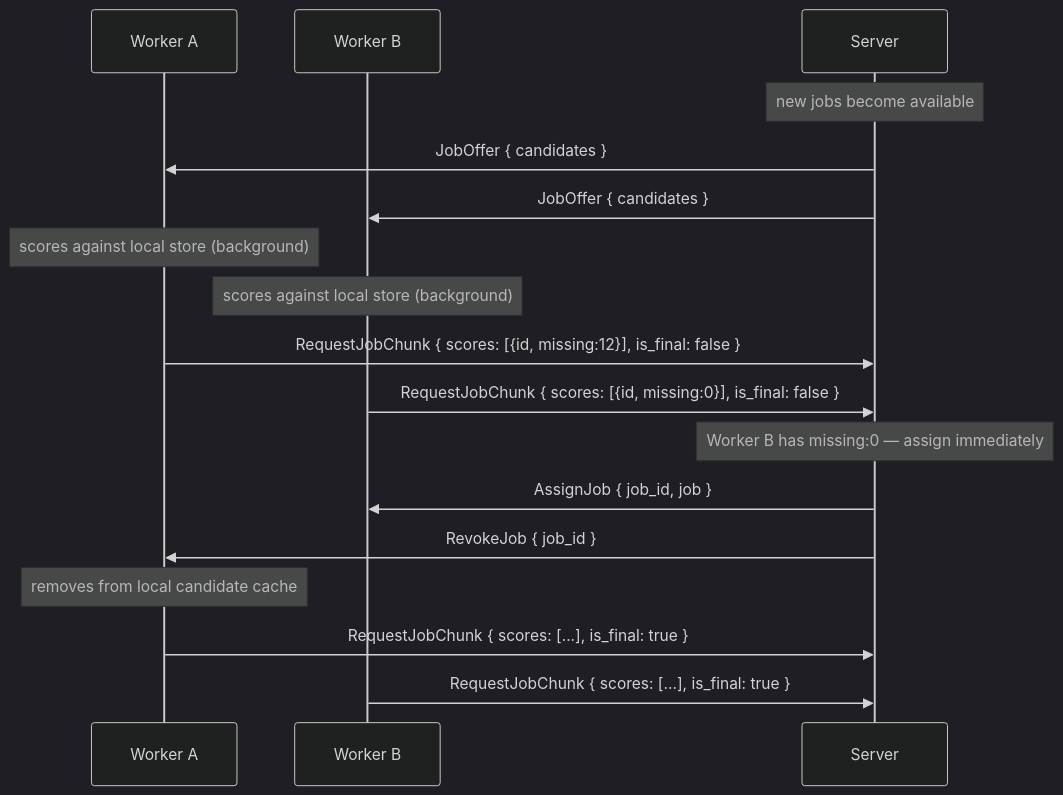
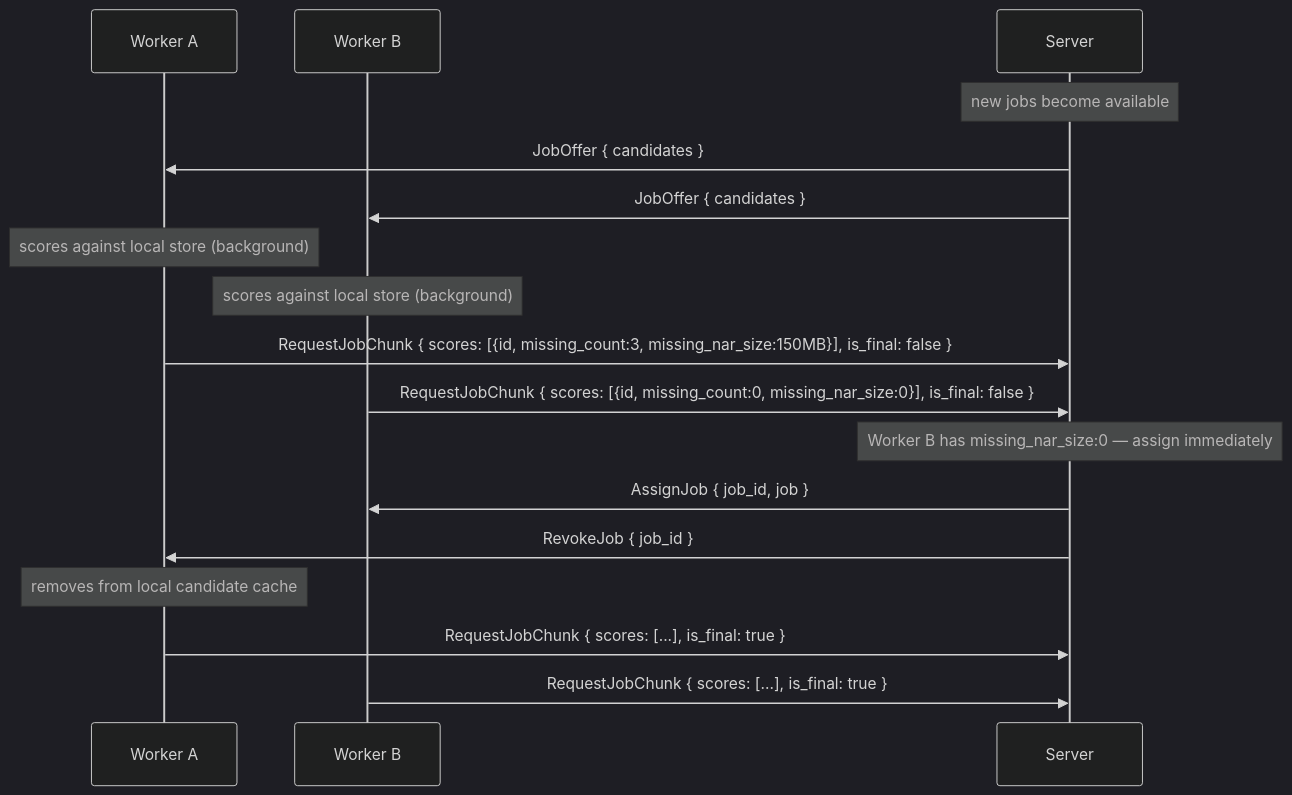
The ninth of 22 diagrams in docs/src/development/proto.md (wavelens/gradient), drawn with Mermaid (dark theme) before and after one commit. The commit also changed other lines of this file and 23 other files, not shown here.

````diff
--- a/docs/src/development/proto.md
+++ b/docs/src/development/proto.md
@@ -279,21 +279,21 @@
 ```mermaid
 sequenceDiagram
     participant W1 as Worker A
     participant W2 as Worker B
     participant S as Server
 
     Note over S: new jobs become available
     S->>W1: JobOffer { candidates }
     S->>W2: JobOffer { candidates }
     Note over W1: scores against local store (background)
     Note over W2: scores against local store (background)
 
-    W1->>S: RequestJobChunk { scores: [{id, missing:12}], is_final: false }
-    W2->>S: RequestJobChunk { scores: [{id, missing:0}], is_final: false }
-    Note over S: Worker B has missing:0 — assign immediately
+    W1->>S: RequestJobChunk { scores: [{id, missing_count:3, missing_nar_size:150MB}], is_final: false }
+    W2->>S: RequestJobChunk { scores: [{id, missing_count:0, missing_nar_size:0}], is_final: false }
+    Note over S: Worker B has missing_nar_size:0 — assign immediately
     S->>W2: AssignJob { job_id, job }
     S->>W1: RevokeJob { job_id }
     Note over W1: removes from local candidate cache
     W1->>S: RequestJobChunk { scores: [...], is_final: true }
     W2->>S: RequestJobChunk { scores: [...], is_final: true }
 ```
````
